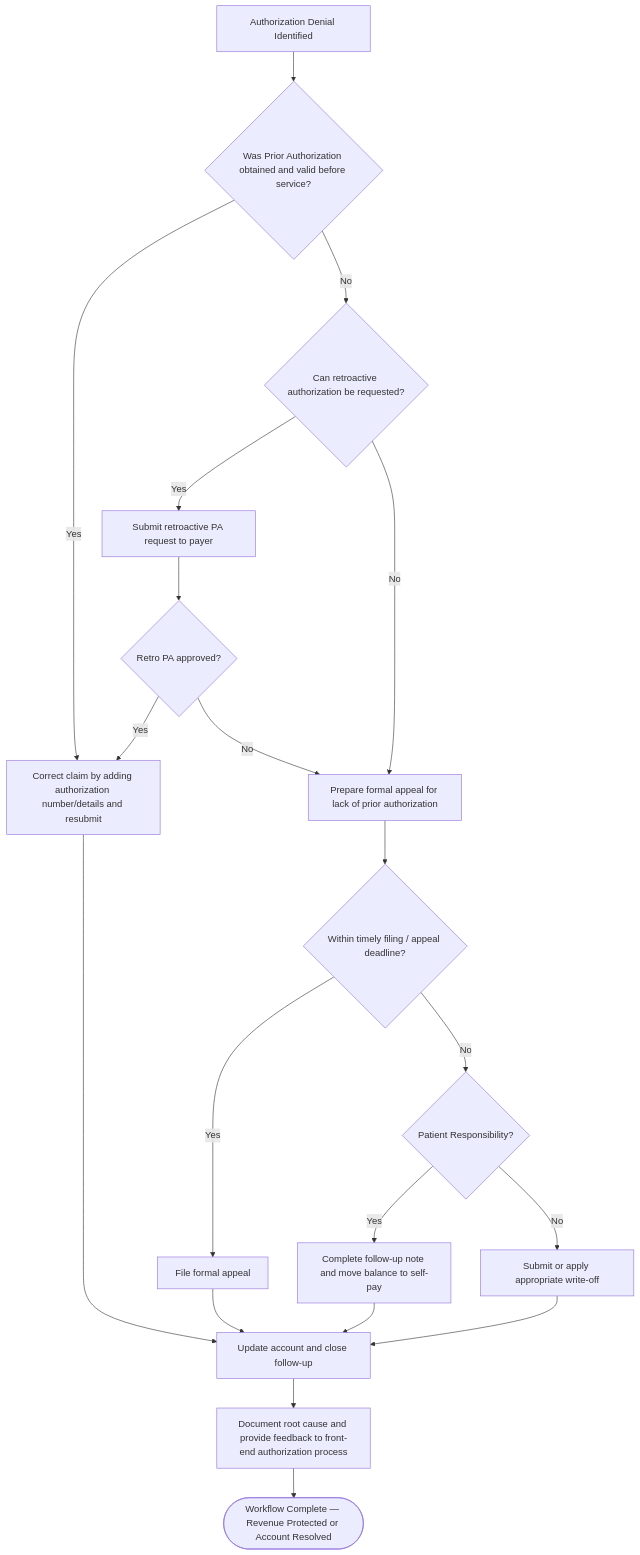
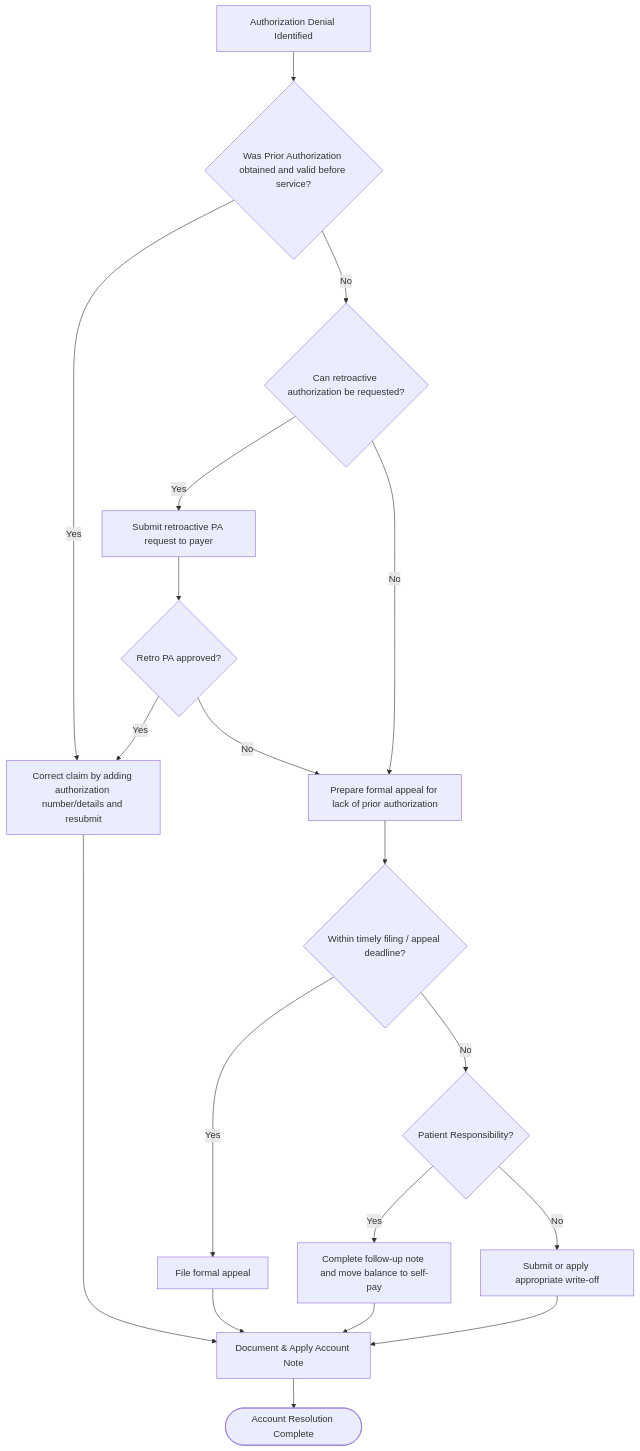
One commit to shainemeister/revenue-cycle-sop-and-workflow-framework changed the third of 3 diagrams in workflows/registration-workflow.md. Above: the diagram before and after it, drawn with Mermaid. The commit also changed other lines of this file, not shown here.

Commit message:
Update to v1.7: Made 3-contact attempt rule Medicare/Medicaid specific in Eligibility. Changed Authorization 'Update account...' to 'Document & Apply Account Note'. Removed Prevention and End nodes in Authorization. Updated version and Version History table.

````diff
--- a/workflows/registration-workflow.md
+++ b/workflows/registration-workflow.md
@@ -64,32 +68,31 @@
 ```mermaid
 flowchart TD
     A[Authorization Denial Identified] --> Q1{Was Prior Authorization obtained and valid before service?}
     
     Q1 -->|Yes| CorrectClaim["Correct claim by adding authorization number/details and resubmit"]
     
     Q1 -->|No| Q2{Can retroactive authorization be requested?}
     
     Q2 -->|Yes| SubmitRetro["Submit retroactive PA request to payer"]
     Q2 -->|No| PrepareAppeal["Prepare formal appeal for lack of prior authorization"]
     
     SubmitRetro --> RetroResult{Retro PA approved?}
     RetroResult -->|Yes| CorrectClaim
     RetroResult -->|No| PrepareAppeal
     
-    CorrectClaim --> Update["Update account and close follow-up"]
+    CorrectClaim --> Update["Document & Apply Account Note"]
     
     PrepareAppeal --> Q3{Within timely filing / appeal deadline?}
     Q3 -->|Yes| FileAppeal["File formal appeal"]
     Q3 -->|No| PatientResp{Patient Responsibility?}
     
     FileAppeal --> Update
     
     PatientResp -->|Yes| SelfPay["Complete follow-up note and move balance to self-pay"]
     PatientResp -->|No| WriteOff["Submit or apply appropriate write-off"]
     
     SelfPay --> Update
     WriteOff --> Update
     
-    Update --> Prevention["Document root cause and provide feedback to front-end authorization process"]
-    Prevention --> End([Workflow Complete — Revenue Protected or Account Resolved])
+    Update --> End([Account Resolution Complete])
 ```
````
